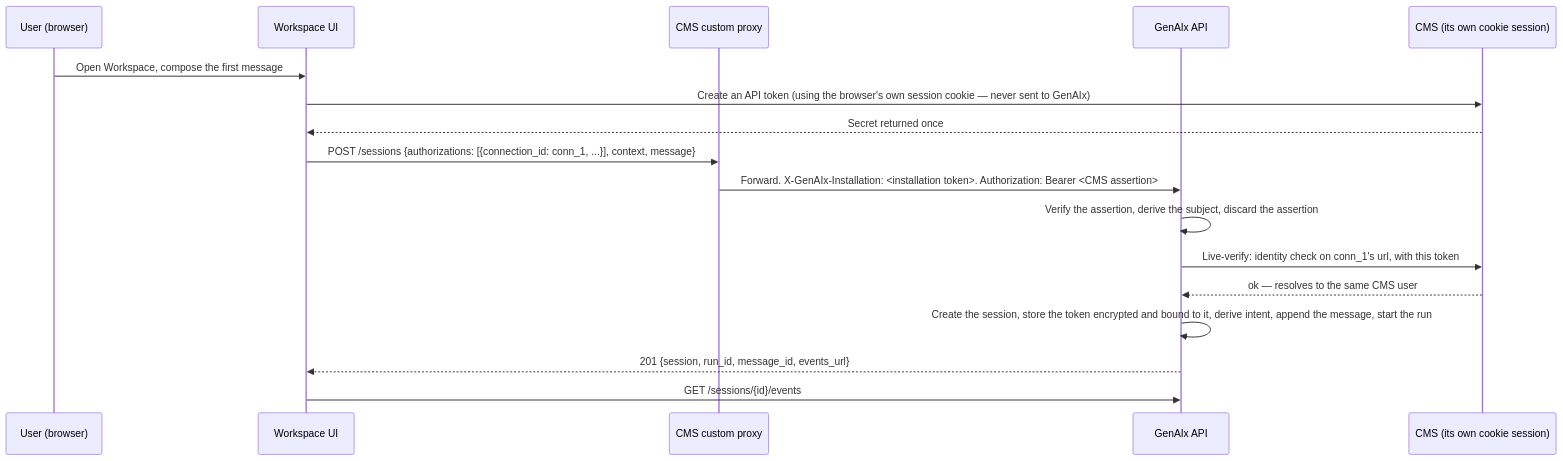
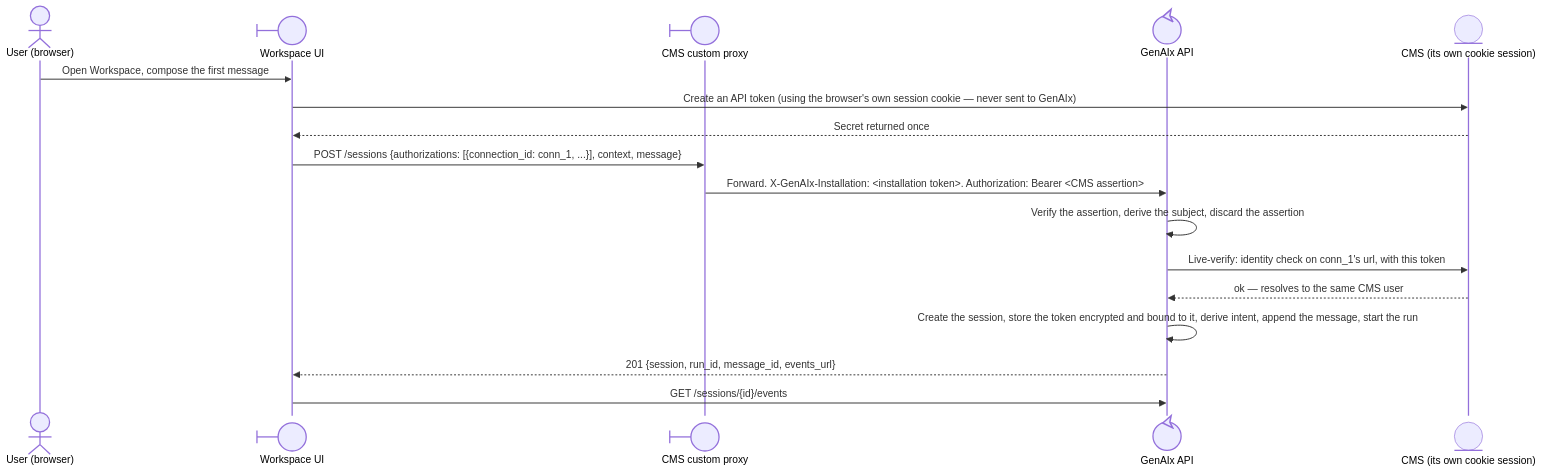
One commit to gentics/cms-oss changed the first of 5 diagrams in workspace-ui/.claude/contracts/genaix-docs/02-auth-and-context-flow.md. Above: the diagram before and after it, drawn with Mermaid. The commit also changed other lines of this file and 32 other files, not shown here.

````diff
--- a/workspace-ui/.claude/contracts/genaix-docs/02-auth-and-context-flow.md
+++ b/workspace-ui/.claude/contracts/genaix-docs/02-auth-and-context-flow.md
@@ -213,20 +213,20 @@
 ```mermaid
 sequenceDiagram
-    participant U as User (browser)
-    participant W as Workspace UI
-    participant P as CMS custom proxy
-    participant G as GenAIx API
-    participant C as CMS (its own cookie session)
+    actor U as User (browser)
+    participant W@{ "type": "boundary" } as Workspace UI
+    participant P@{ "type": "boundary" } as CMS custom proxy
+    participant G@{ "type": "control" } as GenAIx API
+    participant C@{ "type": "entity" } as CMS (its own cookie session)
 
     U->>W: Open Workspace, compose the first message
     W->>C: Create an API token (using the browser's own session cookie — never sent to GenAIx)
     C-->>W: Secret returned once
     W->>P: POST /sessions {authorizations: [{connection_id: conn_1, ...}], context, message}
     P->>G: Forward. X-GenAIx-Installation: <installation token>. Authorization: Bearer <CMS assertion>
     G->>G: Verify the assertion, derive the subject, discard the assertion
     G->>C: Live-verify: identity check on conn_1's url, with this token
     C-->>G: ok — resolves to the same CMS user
     G->>G: Create the session, store the token encrypted and bound to it, derive intent, append the message, start the run
     G-->>W: 201 {session, run_id, message_id, events_url}
     W->>G: GET /sessions/{id}/events
 ```
````
